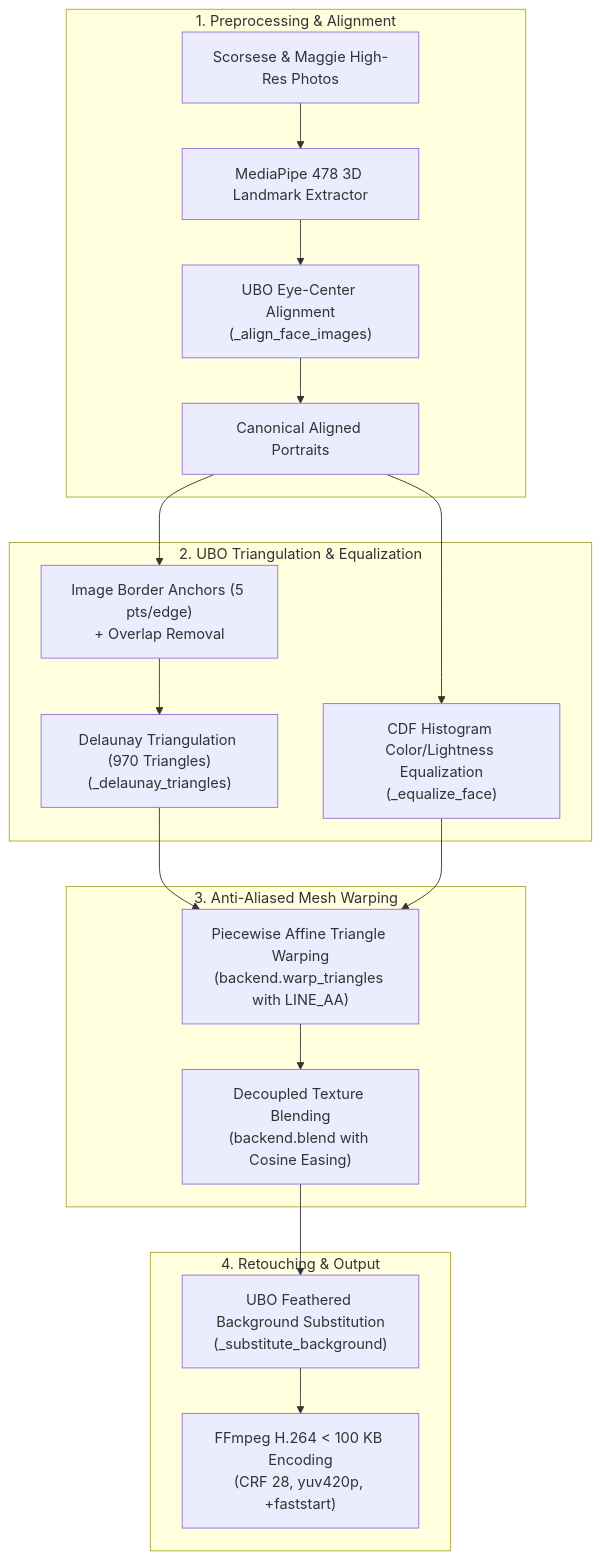
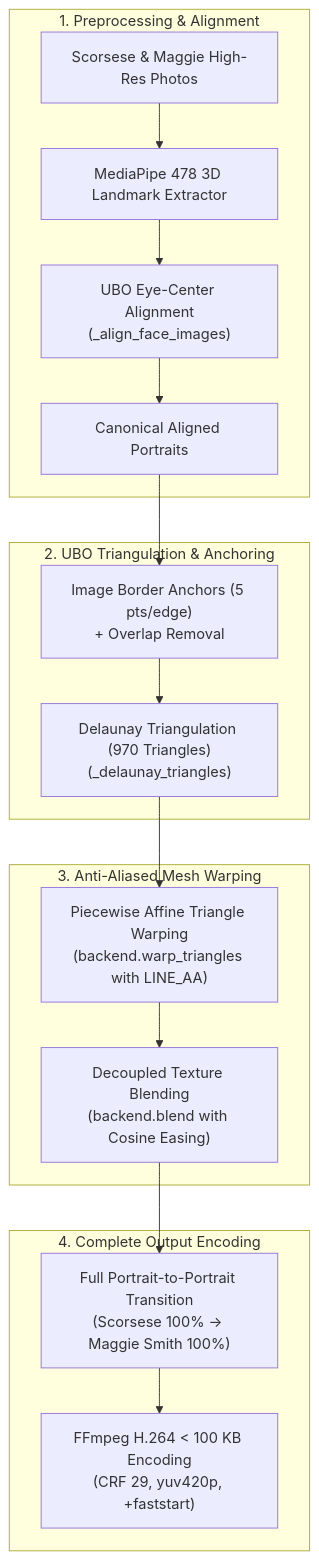
One commit to Kabyik-Kayal/face-morph-video changed the diagram in README.md. Above: the diagram before and after it, drawn with Mermaid. The commit also changed other lines of this file and 5 other files, not shown here.

Commit message:
feat: complete portrait-to-portrait morph of Scorsese into Maggie Smith using official ubo-morph

````diff
--- a/README.md
+++ b/README.md
@@ -44,24 +43,23 @@
 ```mermaid
 flowchart TD
     subgraph S1 ["1. Preprocessing & Alignment"]
         A["Scorsese & Maggie High-Res Photos"] --> B["MediaPipe 478 3D Landmark Extractor"]
         B --> C["UBO Eye-Center Alignment<br/>(_align_face_images)"]
         C --> D["Canonical Aligned Portraits"]
     end
 
-    subgraph S2 ["2. UBO Triangulation & Equalization"]
+    subgraph S2 ["2. UBO Triangulation & Anchoring"]
         D --> E["Image Border Anchors (5 pts/edge)<br/>+ Overlap Removal"]
         E --> F["Delaunay Triangulation (970 Triangles)<br/>(_delaunay_triangles)"]
-        D --> G["CDF Histogram Color/Lightness Equalization<br/>(_equalize_face)"]
     end
 
     subgraph S3 ["3. Anti-Aliased Mesh Warping"]
-        F & G --> H["Piecewise Affine Triangle Warping<br/>(backend.warp_triangles with LINE_AA)"]
-        H --> I["Decoupled Texture Blending<br/>(backend.blend with Cosine Easing)"]
+        F --> G["Piecewise Affine Triangle Warping<br/>(backend.warp_triangles with LINE_AA)"]
+        G --> H["Decoupled Texture Blending<br/>(backend.blend with Cosine Easing)"]
     end
 
-    subgraph S4 ["4. Retouching & Output"]
-        I --> J["UBO Feathered Background Substitution<br/>(_substitute_background)"]
-        J --> K["FFmpeg H.264 &lt; 100 KB Encoding<br/>(CRF 28, yuv420p, +faststart)"]
+    subgraph S4 ["4. Complete Output Encoding"]
+        H --> I["Full Portrait-to-Portrait Transition<br/>(Scorsese 100% &rarr; Maggie Smith 100%)"]
+        I --> J["FFmpeg H.264 &lt; 100 KB Encoding<br/>(CRF 29, yuv420p, +faststart)"]
     end
 ```
````
